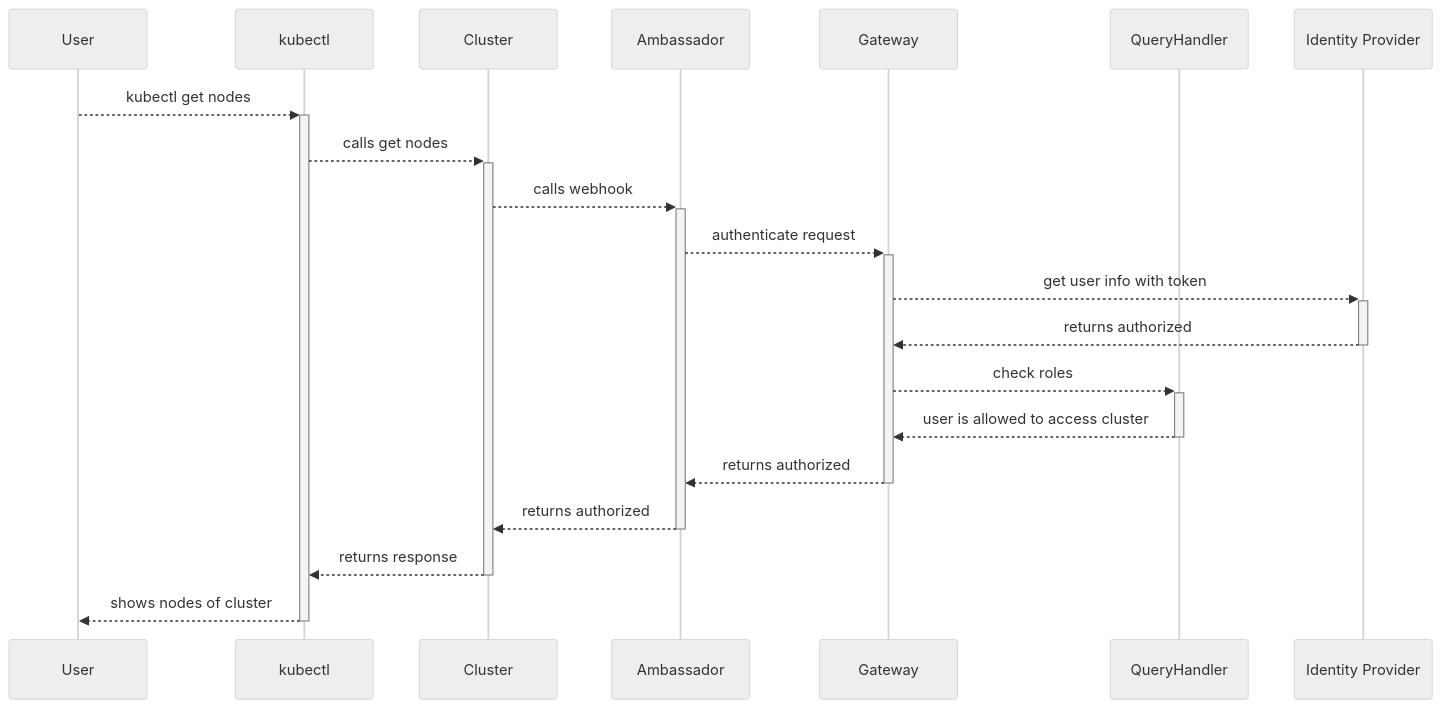
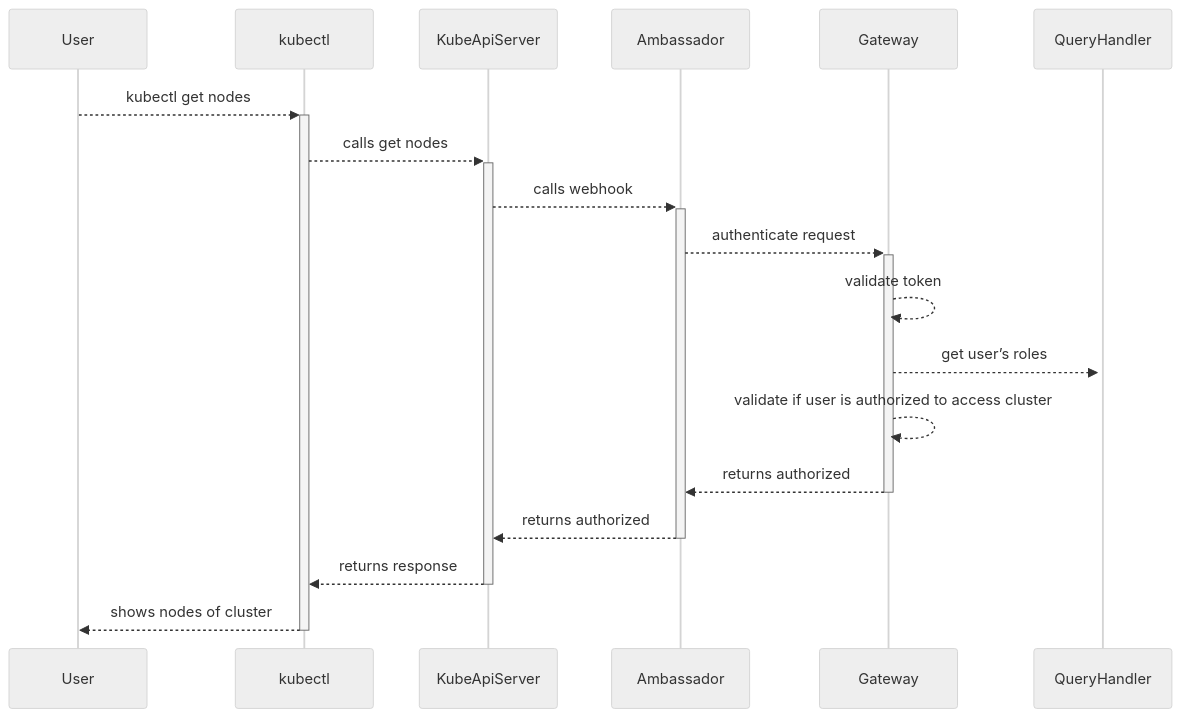
The diagram in docs/flow-charts/sd-monoctl-cluster-validate-credentials.mmd (finleap-connect/monoskope), drawn with Mermaid (neutral theme) before and after one commit. The commit also changed 7 other files, not shown here.

Commit message:
Update charts

```diff
--- a/docs/flow-charts/sd-monoctl-cluster-validate-credentials.mmd
+++ b/docs/flow-charts/sd-monoctl-cluster-validate-credentials.mmd
@@ -1,20 +1,18 @@
 sequenceDiagram
     participant U as User
     participant K as kubectl
-    participant C as Cluster
+    participant C as KubeApiServer
     participant A as Ambassador
     participant G as Gateway
     participant Q as QueryHandler
-    participant I as Identity Provider
     U-->>+K: kubectl get nodes
     K-->>+C: calls get nodes
     C-->>+A: calls webhook
     A-->>+G: authenticate request
-    G-->>+I: get user info with token
-    I-->>-G: returns authorized
-    G-->>+Q: check roles
-    Q-->>-G: user is allowed to access cluster
+    G-->>G: validate token
+    G-->>+Q: get user’s roles
+    G-->>G: validate if user is authorized to access cluster
     G-->>-A: returns authorized
     A-->>-C: returns authorized
     C-->>-K: returns response
     K-->>-U: shows nodes of cluster
```
